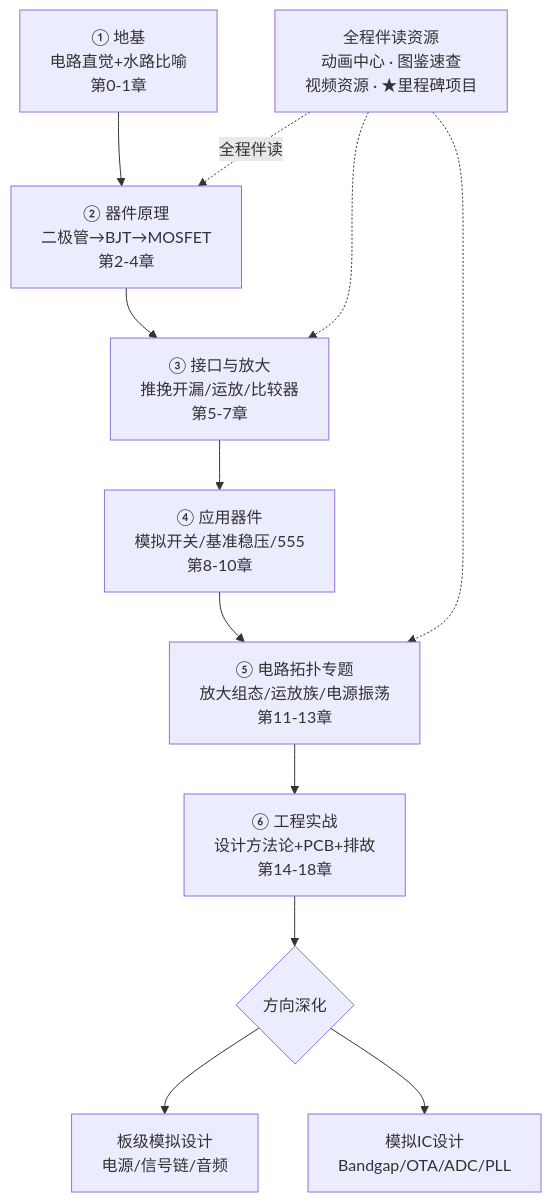
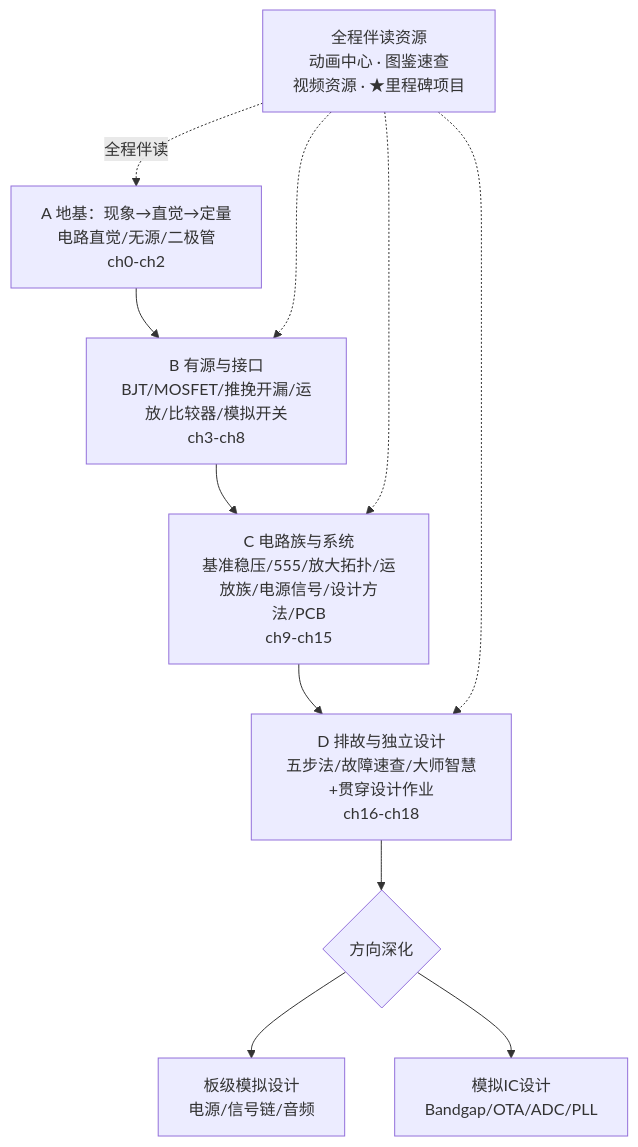
The diagram in docs/p0-06-roadmap.md (zhuguang-ZFG/analog-circuit-roadmap), drawn with Mermaid before and after one commit. The commit also changed other lines of this file and 5 other files, not shown here.

````diff
--- a/docs/p0-06-roadmap.md
+++ b/docs/p0-06-roadmap.md
@@ -6,14 +6,13 @@
 ```mermaid
 graph TD
-    A[① 地基<br/>电路直觉+水路比喻<br/>第0-1章] --> B[② 器件原理<br/>二极管→BJT→MOSFET<br/>第2-4章]
-    B --> C[③ 接口与放大<br/>推挽开漏/运放/比较器<br/>第5-7章]
-    C --> D[④ 应用器件<br/>模拟开关/基准稳压/555<br/>第8-10章]
-    D --> E[⑤ 电路拓扑专题<br/>放大组态/运放族/电源振荡<br/>第11-13章]
-    E --> F[⑥ 工程实战<br/>设计方法论+PCB+排故<br/>第14-18章]
-    F --> G{方向深化}
+    A[A 地基：现象→直觉→定量<br/>电路直觉/无源/二极管<br/>ch0-ch2] --> B[B 有源与接口<br/>BJT/MOSFET/推挽开漏/运放/比较器/模拟开关<br/>ch3-ch8]
+    B --> C[C 电路族与系统<br/>基准稳压/555/放大拓扑/运放族/电源信号/设计方法/PCB<br/>ch9-ch15]
+    C --> D[D 排故与独立设计<br/>五步法/故障速查/大师智慧+贯穿设计作业<br/>ch16-ch18]
+    D --> G{方向深化}
     G --> H[板级模拟设计<br/>电源/信号链/音频]
     G --> I[模拟IC设计<br/>Bandgap/OTA/ADC/PLL]
-    R[全程伴读资源<br/>动画中心 · 图鉴速查<br/>视频资源 · ★里程碑项目] -. "全程伴读" .-> B
+    R[全程伴读资源<br/>动画中心 · 图鉴速查<br/>视频资源 · ★里程碑项目] -. "全程伴读" .-> A
+    R -.-> B
     R -.-> C
-    R -.-> E
+    R -.-> D
 ```
````
